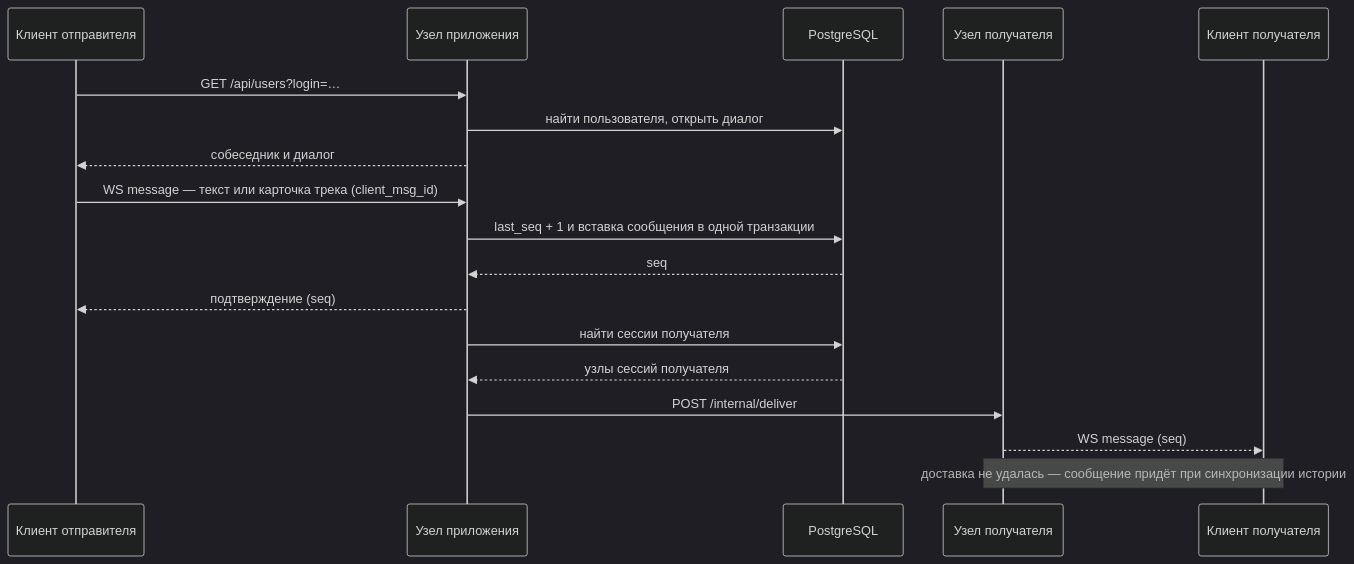
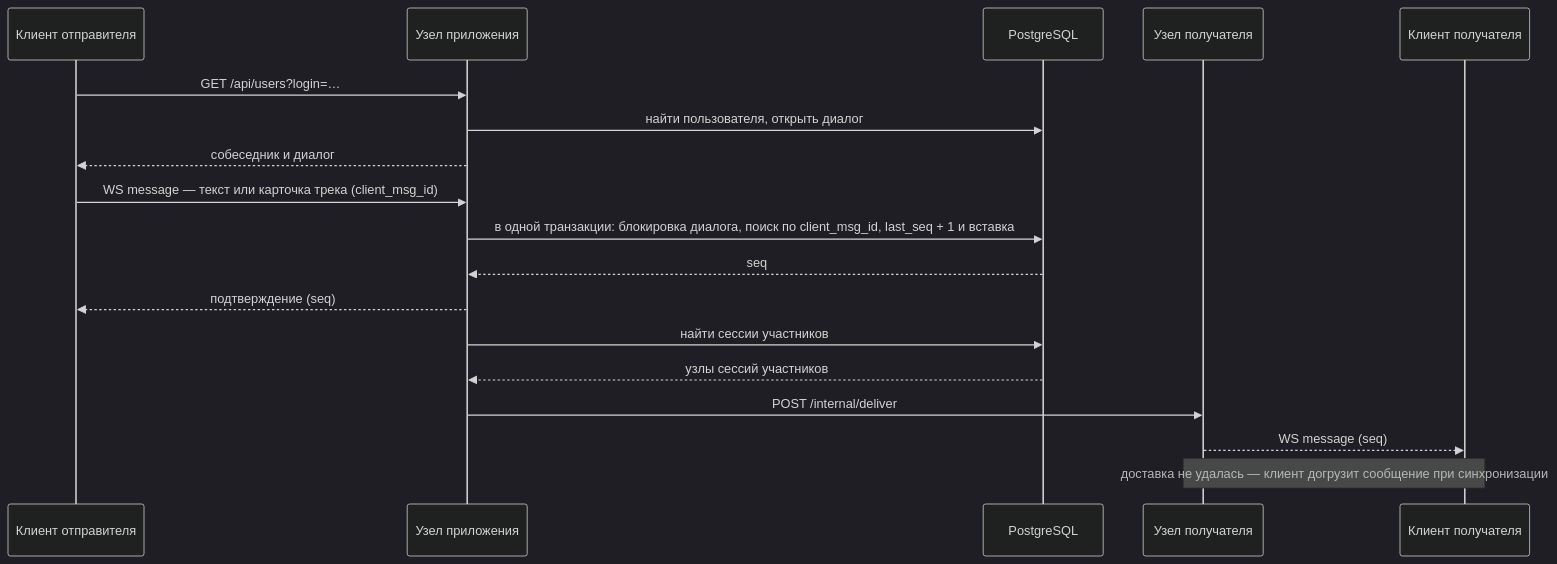
One commit to spbu-ds-practicum-2026/TheBoys changed the fifth of 9 diagrams in docs/tr.md. Above: the diagram before and after it, drawn with Mermaid (dark theme). The commit also changed other lines of this file, not shown here.

````diff
--- a/docs/tr.md
+++ b/docs/tr.md
@@ -298,20 +312,20 @@
 ```mermaid
 sequenceDiagram
   participant C as Клиент отправителя
   participant A as Узел приложения
   participant DB as PostgreSQL
   participant B as Узел получателя
   participant R as Клиент получателя
   C->>A: GET /api/users?login=…
   A->>DB: найти пользователя, открыть диалог
   A-->>C: собеседник и диалог
   C->>A: WS message — текст или карточка трека (client_msg_id)
-  A->>DB: last_seq + 1 и вставка сообщения в одной транзакции
+  A->>DB: в одной транзакции: блокировка диалога, поиск по client_msg_id, last_seq + 1 и вставка
   DB-->>A: seq
   A-->>C: подтверждение (seq)
-  A->>DB: найти сессии получателя
-  DB-->>A: узлы сессий получателя
+  A->>DB: найти сессии участников
+  DB-->>A: узлы сессий участников
   A->>B: POST /internal/deliver
   B-->>R: WS message (seq)
-  Note over B,R: доставка не удалась — сообщение придёт при синхронизации истории
+  Note over B,R: доставка не удалась — клиент догрузит сообщение при синхронизации
 ```
````
